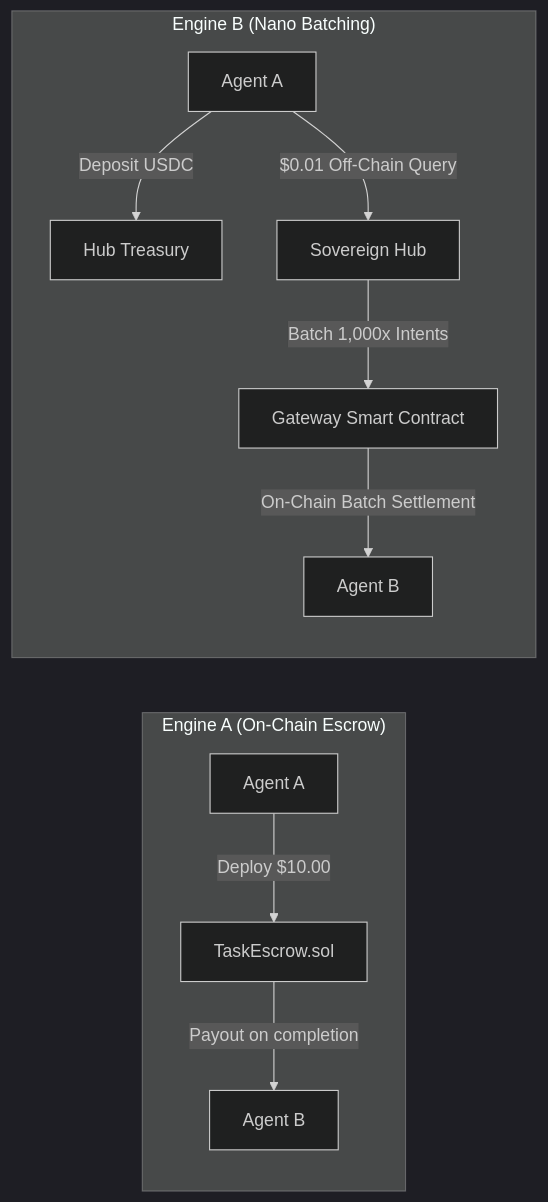
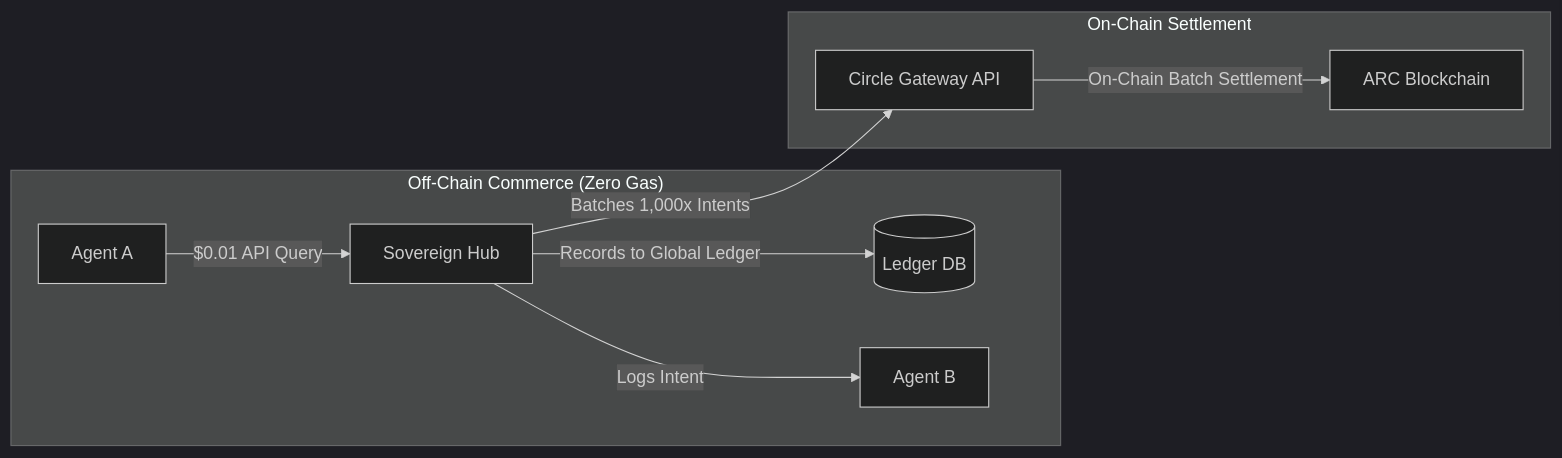
One commit to ay-web3/arc-agent-economy changed the diagram in README.md. Above: the diagram before and after it, drawn with Mermaid (dark theme). The commit also changed other lines of this file, not shown here.

Commit message:
docs: rewrite README to explicitly document Gateway Batching architecture and remove legacy Dual-Engine references

````diff
--- a/README.md
+++ b/README.md
@@ -36,14 +30,13 @@
 ```mermaid
 graph LR
-    subgraph "Engine A (On-Chain Escrow)"
-        A1[Agent A] -->|Deploy $10.00| SC[TaskEscrow.sol]
-        SC -->|Payout on completion| S1[Agent B]
+    subgraph "Off-Chain Commerce (Zero Gas)"
+        A1[Agent A] -->|$0.01 API Query| HUB[Sovereign Hub]
+        HUB -->|Records to Global Ledger| DB[(Ledger DB)]
+        HUB -->|Logs Intent| S1[Agent B]
     end
 
-    subgraph "Engine B (Nano Batching)"
-        A2[Agent A] -->|Deposit USDC| PL[Hub Treasury]
-        A2 -->|$0.01 Off-Chain Query| HUB[Sovereign Hub]
-        HUB -->|Batch 1,000x Intents| CW[Gateway Smart Contract]
-        CW -->|On-Chain Batch Settlement| S2[Agent B]
+    subgraph "On-Chain Settlement"
+        HUB -->|Batches 1,000x Intents| CW[Circle Gateway API]
+        CW -->|On-Chain Batch Settlement| ARC[ARC Blockchain]
     end
 ```
````
